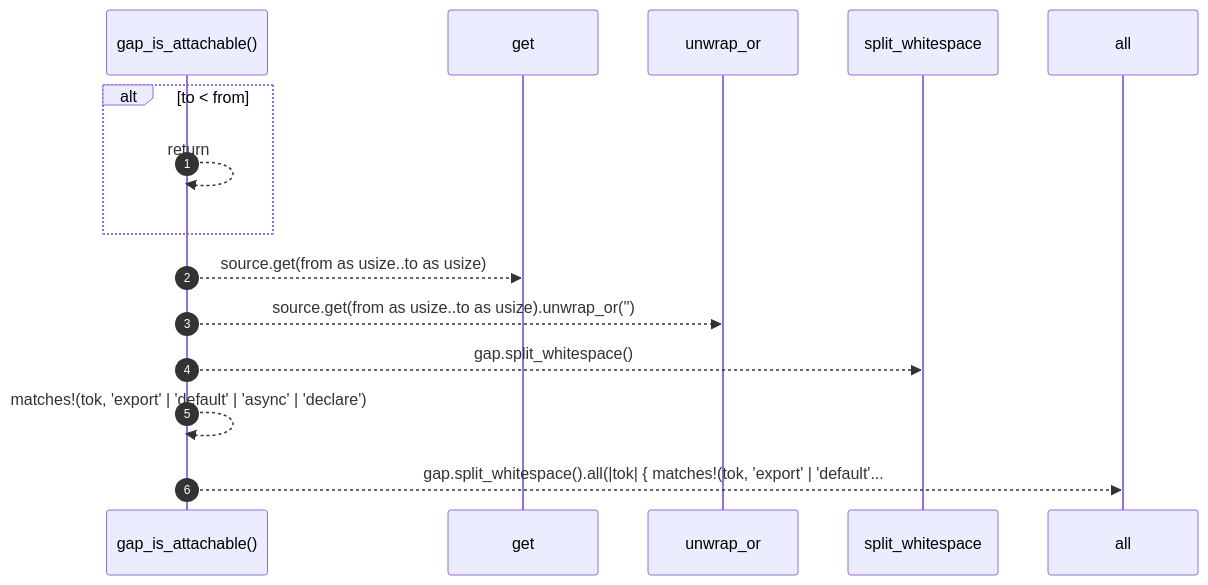
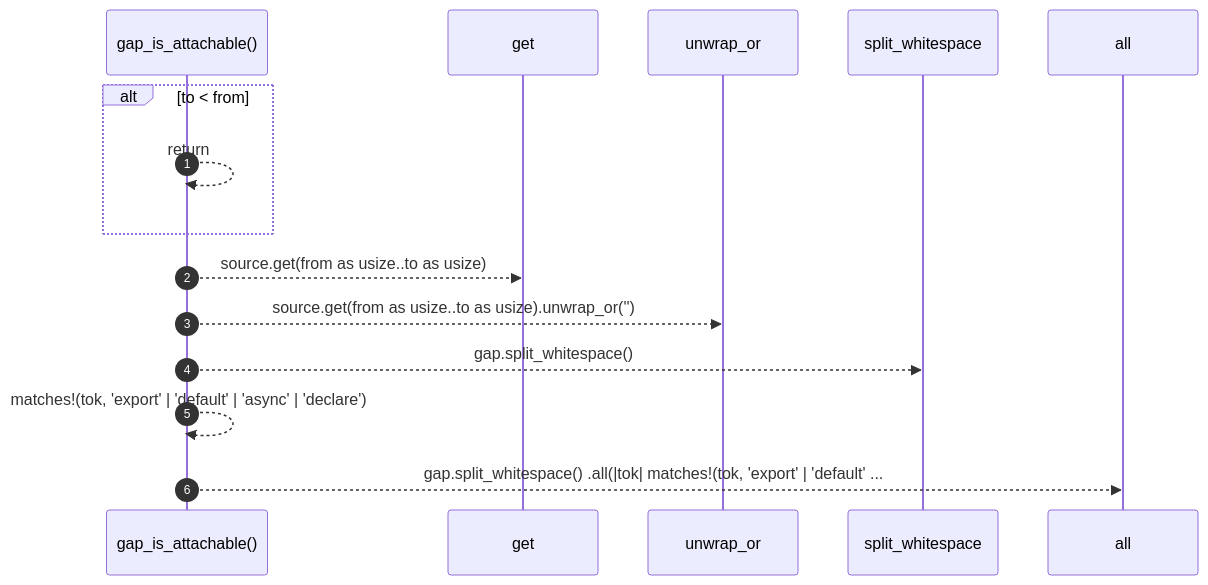
Before and after one commit to RyanGuild/self-describing-code: the diagram in docs/self-model/robby_extract/typescript/gap-is-attachable.md, drawn with Mermaid. The commit also changed other lines of this file and 747 other files, not shown here.

````diff
--- a/docs/self-model/robby_extract/typescript/gap-is-attachable.md
+++ b/docs/self-model/robby_extract/typescript/gap-is-attachable.md
@@ -29,17 +28,17 @@
 ```mermaid
 sequenceDiagram
     autonumber
     participant gap_is_attachable as gap_is_attachable()
     participant get as get
     participant unwrap_or as unwrap_or
     participant split_whitespace as split_whitespace
     participant all as all
     alt to < from
     gap_is_attachable-->>gap_is_attachable: return
     end
     gap_is_attachable-->>get: source.get(from as usize..to as usize)
     gap_is_attachable-->>unwrap_or: source.get(from as usize..to as usize).unwrap_or('')
     gap_is_attachable-->>split_whitespace: gap.split_whitespace()
     gap_is_attachable-->>gap_is_attachable: matches!(tok, 'export' | 'default' | 'async' | 'declare')
-    gap_is_attachable-->>all: gap.split_whitespace().all(|tok| { matches!(tok, 'export' | 'default'...
+    gap_is_attachable-->>all: gap.split_whitespace() .all(|tok| matches!(tok, 'export' | 'default' ...
 ```
````
